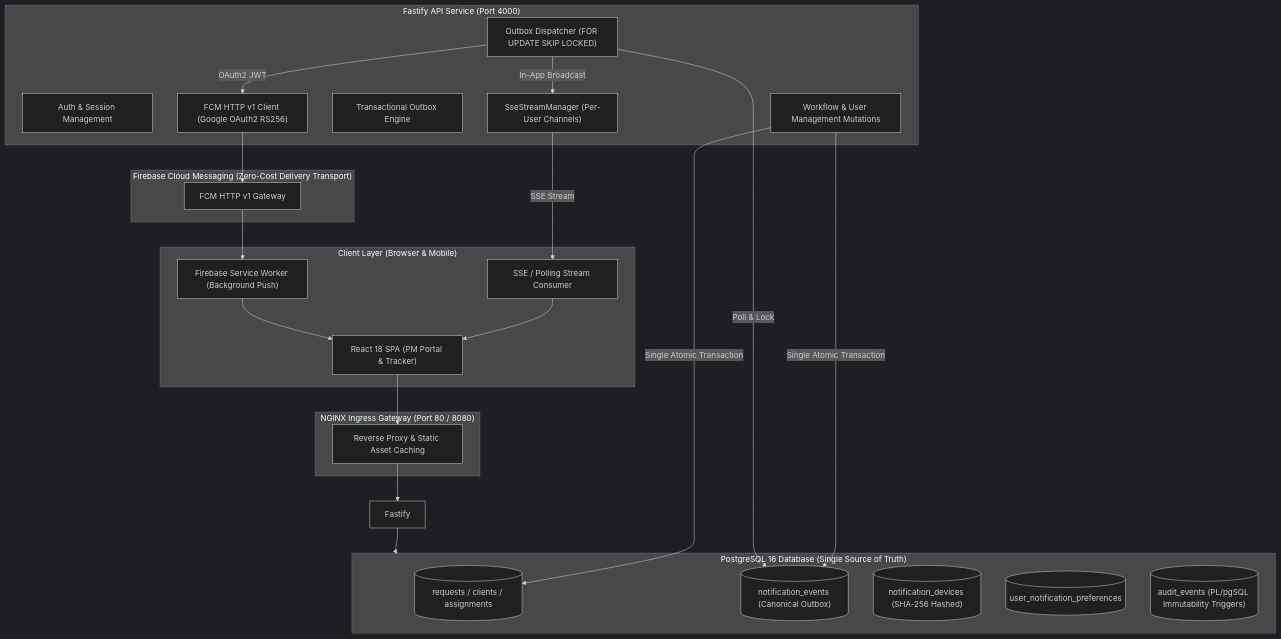
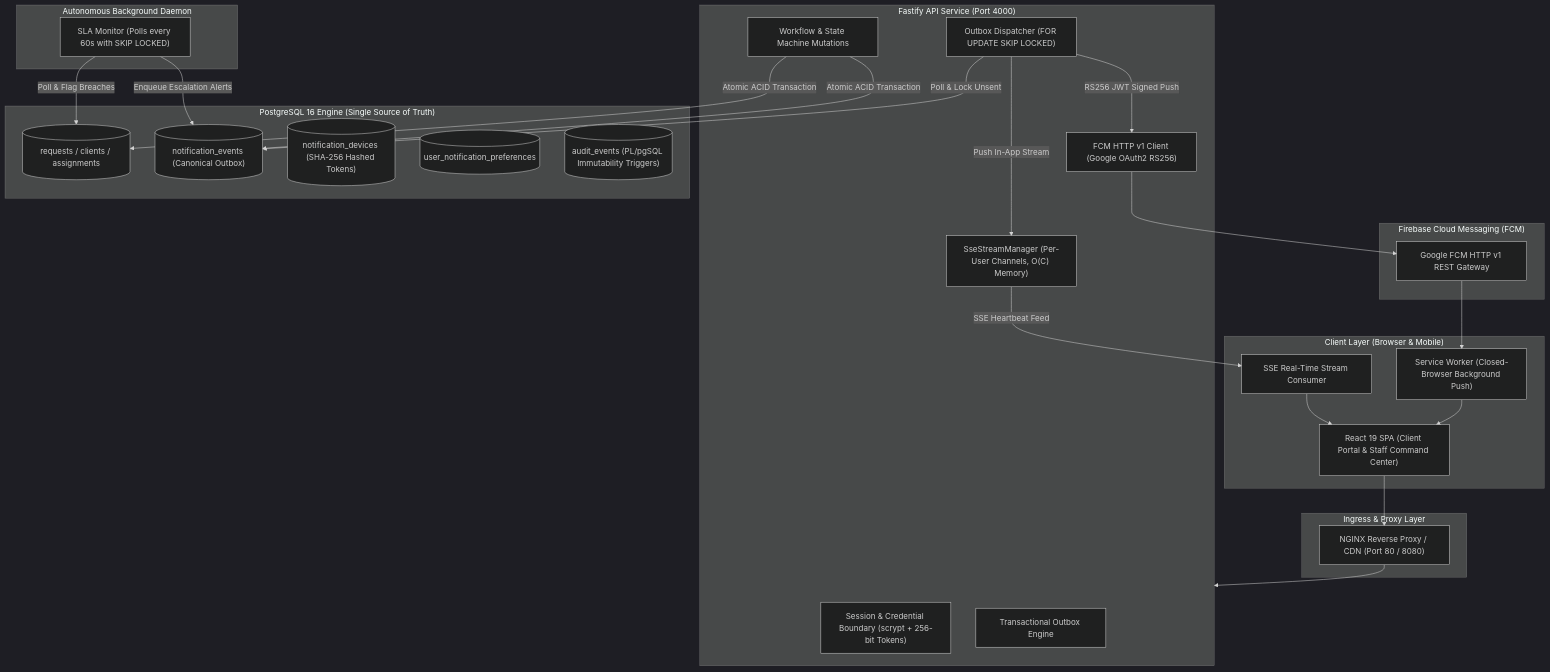
Before and after one commit to sudhir-kumar77/Ticket-Escalation-System: the diagram in README.md, drawn with Mermaid (dark theme). The commit also changed other lines of this file and 3 other files, not shown here.

````diff
--- a/README.md
+++ b/README.md
@@ -38,48 +66,53 @@
 ```mermaid
 flowchart TD
     subgraph Client ["Client Layer (Browser & Mobile)"]
-        UI["React 18 SPA (PM Portal & Tracker)"]
-        SW["Firebase Service Worker (Background Push)"]
-        SSE_C["SSE / Polling Stream Consumer"]
+        UI["React 19 SPA (Client Portal & Staff Command Center)"]
+        SW["Service Worker (Closed-Browser Background Push)"]
+        SSE_C["SSE Real-Time Stream Consumer"]
     end
 
-    subgraph Gateway ["NGINX Ingress Gateway (Port 80 / 8080)"]
-        NGX["Reverse Proxy & Static Asset Caching"]
+    subgraph Gateway ["Ingress & Proxy Layer"]
+        NGX["NGINX Reverse Proxy / CDN (Port 80 / 8080)"]
     end
 
     subgraph API ["Fastify API Service (Port 4000)"]
-        AUTH["Auth & Session Management"]
-        MUT["Workflow & User Management Mutations"]
+        AUTH["Session & Credential Boundary (scrypt + 256-bit Tokens)"]
+        MUT["Workflow & State Machine Mutations"]
         OUTBOX["Transactional Outbox Engine"]
         DISP["Outbox Dispatcher (FOR UPDATE SKIP LOCKED)"]
-        SSE_M["SseStreamManager (Per-User Channels)"]
+        SSE_M["SseStreamManager (Per-User Channels, O(C) Memory)"]
         FCM_C["FCM HTTP v1 Client (Google OAuth2 RS256)"]
     end
 
-    subgraph DB ["PostgreSQL 16 Database (Single Source of Truth)"]
+    subgraph DB ["PostgreSQL 16 Engine (Single Source of Truth)"]
         T_REQ[("requests / clients / assignments")]
         T_EVT[("notification_events (Canonical Outbox)")]
-        T_DEV[("notification_devices (SHA-256 Hashed)")]
+        T_DEV[("notification_devices (SHA-256 Hashed Tokens)")]
         T_PRF[("user_notification_preferences")]
         T_AUD[("audit_events (PL/pgSQL Immutability Triggers)")]
     end
 
-    subgraph Google ["Firebase Cloud Messaging (Zero-Cost Delivery Transport)"]
-        FCM_API["FCM HTTP v1 Gateway"]
+    subgraph Worker ["Autonomous Background Daemon"]
+        SLA_W["SLA Monitor (Polls every 60s with SKIP LOCKED)"]
     end
 
-    %% Flow connections
+    subgraph Google ["Firebase Cloud Messaging (FCM)"]
+        FCM_API["Google FCM HTTP v1 REST Gateway"]
+    end
+
+    %% Data flow
     UI --> NGX
-    NGX --> Fastify
-    Fastify --> DB
-    MUT -->|Single Atomic Transaction| T_REQ
-    MUT -->|Single Atomic Transaction| T_EVT
-    DISP -->|Poll & Lock| T_EVT
-    DISP -->|In-App Broadcast| SSE_M
-    SSE_M -->|SSE Stream| SSE_C
+    NGX --> API
+    MUT -->|Atomic ACID Transaction| T_REQ
+    MUT -->|Atomic ACID Transaction| T_EVT
+    DISP -->|Poll & Lock Unsent| T_EVT
+    DISP -->|Push In-App Stream| SSE_M
+    SSE_M -->|SSE Heartbeat Feed| SSE_C
     SSE_C --> UI
-    DISP -->|OAuth2 JWT| FCM_C
+    DISP -->|RS256 JWT Signed Push| FCM_C
     FCM_C --> FCM_API
     FCM_API --> SW
     SW --> UI
+    SLA_W -->|Poll & Flag Breaches| T_REQ
+    SLA_W -->|Enqueue Escalation Alerts| T_EVT
 ```
````
